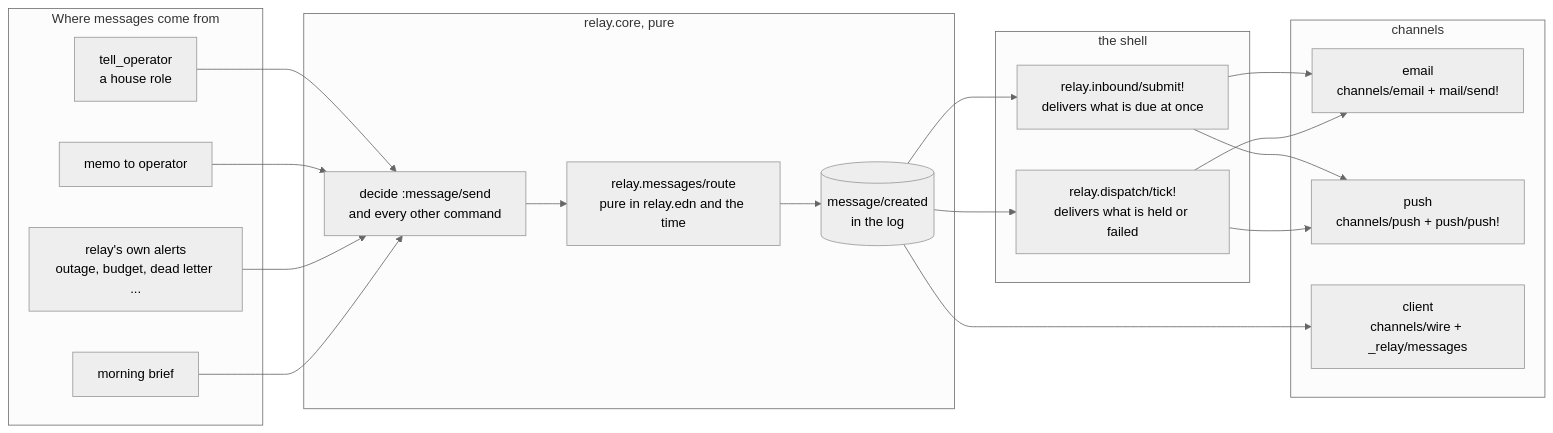
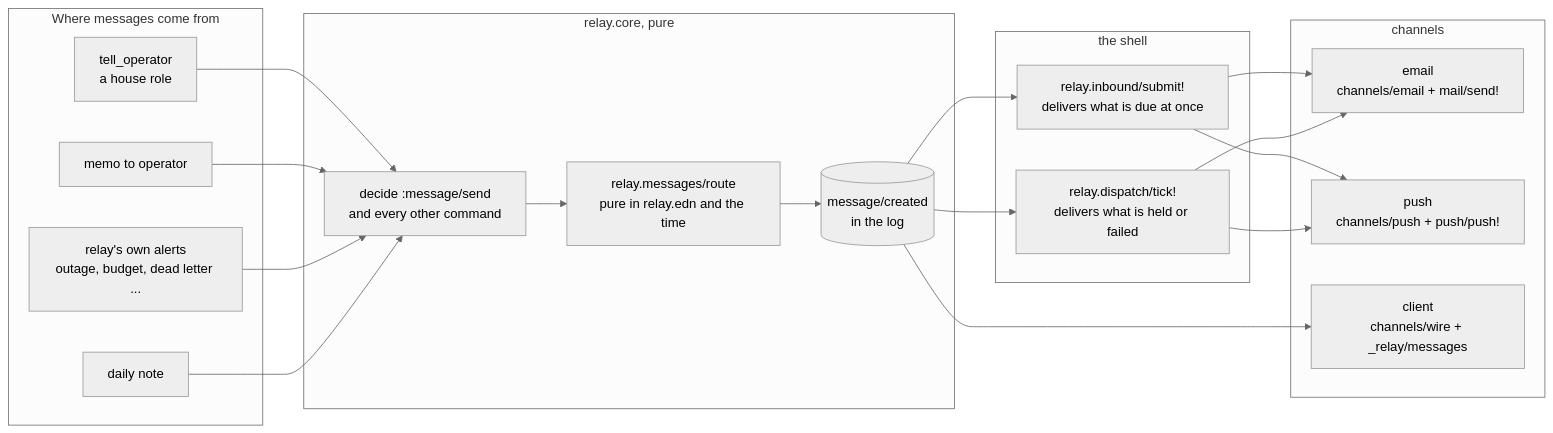
One commit to kirahowe/relay changed the first of 7 diagrams in docs/messages.md. Above: the diagram before and after it, drawn with Mermaid (neutral theme). The commit also changed other lines of this file and 6 other files, not shown here.

````diff
--- a/docs/messages.md
+++ b/docs/messages.md
@@ -15,39 +15,39 @@
 ```mermaid
 flowchart LR
   subgraph sources[Where messages come from]
     T[tell_operator<br/>a house role]
     M[memo to operator]
     A[relay's own alerts<br/>outage, budget, dead letter ...]
-    B[morning brief]
+    B[daily note]
   end
 
   subgraph core[relay.core, pure]
     D[decide :message/send<br/>and every other command]
     R[relay.messages/route<br/>pure in relay.edn and the time]
     E[(message/created<br/>in the log)]
   end
 
   subgraph shell[the shell]
     I[relay.inbound/submit!<br/>delivers what is due at once]
     K[relay.dispatch/tick!<br/>delivers what is held or failed]
   end
 
   subgraph channels[channels]
     CE[email<br/>channels/email + mail/send!]
     CP[push<br/>channels/push + push/push!]
     CC[client<br/>channels/wire + _relay/messages]
   end
 
   T --> D
   M --> D
   A --> D
   B --> D
   D --> R --> E
   E --> I
   E --> K
   I --> CE
   I --> CP
   K --> CE
   K --> CP
   E --> CC
 ```
````
